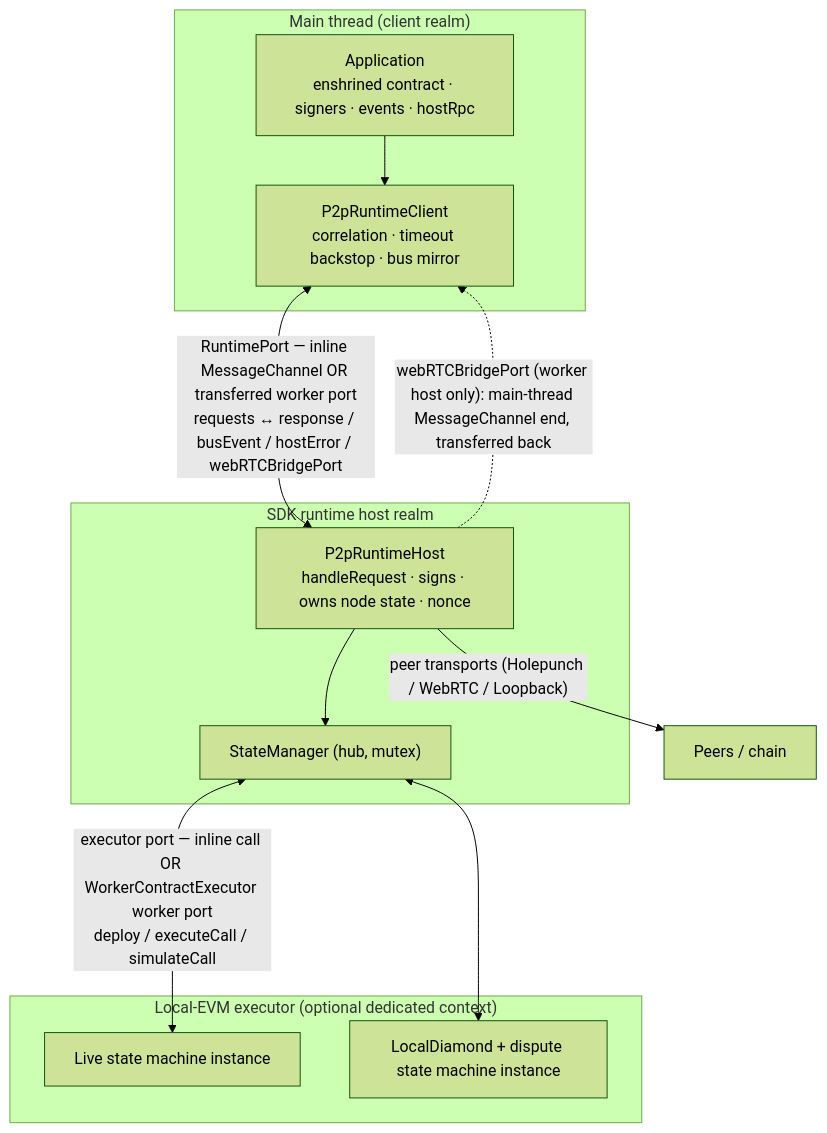
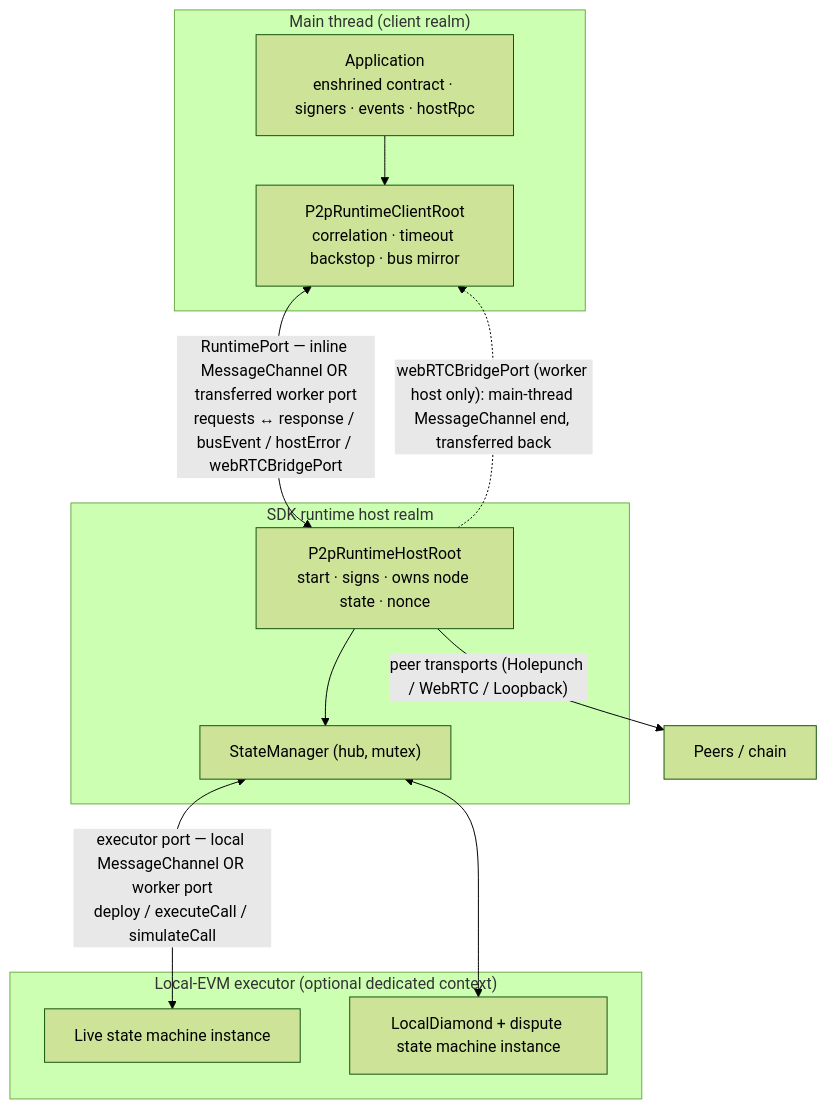
The diagram in docs/spec/implementation/views/architecture/sdk/runtime-and-concurrency.md (peer3to/state-channels-plus), drawn with Mermaid (forest theme) before and after one commit. The commit also changed other lines of this file and 980 other files, not shown here.

First line of the commit message:
unify runtime RPC, worker lifecycle and log upload gossip

````diff
--- a/docs/spec/implementation/views/architecture/sdk/runtime-and-concurrency.md
+++ b/docs/spec/implementation/views/architecture/sdk/runtime-and-concurrency.md
@@ -159,25 +165,25 @@
 ```mermaid
 flowchart TB
     subgraph MT["Main thread (client realm)"]
         APP["Application<br/>enshrined contract · signers · events · hostRpc"]
-        CLIENT["P2pRuntimeClient<br/>correlation · timeout backstop · bus mirror"]
+        CLIENT["P2pRuntimeClientRoot<br/>correlation · timeout backstop · bus mirror"]
         APP --> CLIENT
     end
 
     subgraph HOST["SDK runtime host realm"]
-        HOSTENTRY["P2pRuntimeHost<br/>handleRequest · signs · owns node state · nonce"]
+        HOSTENTRY["P2pRuntimeHostRoot<br/>start · signs · owns node state · nonce"]
         SM["StateManager (hub, mutex)"]
         HOSTENTRY --> SM
     end
 
     subgraph EVM["Local-EVM executor (optional dedicated context)"]
         LIVE["Live state machine instance"]
         DIAMOND["LocalDiamond + dispute state machine instance"]
     end
 
     CLIENT <-->|"RuntimePort — inline MessageChannel OR transferred worker port<br/>requests ↔ response / busEvent / hostError / webRTCBridgePort"| HOSTENTRY
-    SM <-->|"executor port — inline call OR WorkerContractExecutor worker port<br/>deploy / executeCall / simulateCall"| LIVE
+    SM <-->|"executor port — local MessageChannel OR worker port<br/>deploy / executeCall / simulateCall"| LIVE
     SM <--> DIAMOND
     HOSTENTRY -. "webRTCBridgePort (worker host only): main-thread MessageChannel end, transferred back" .-> CLIENT
     HOSTENTRY -->|"peer transports (Holepunch / WebRTC / Loopback)"| PEERS["Peers / chain"]
 ```
````
